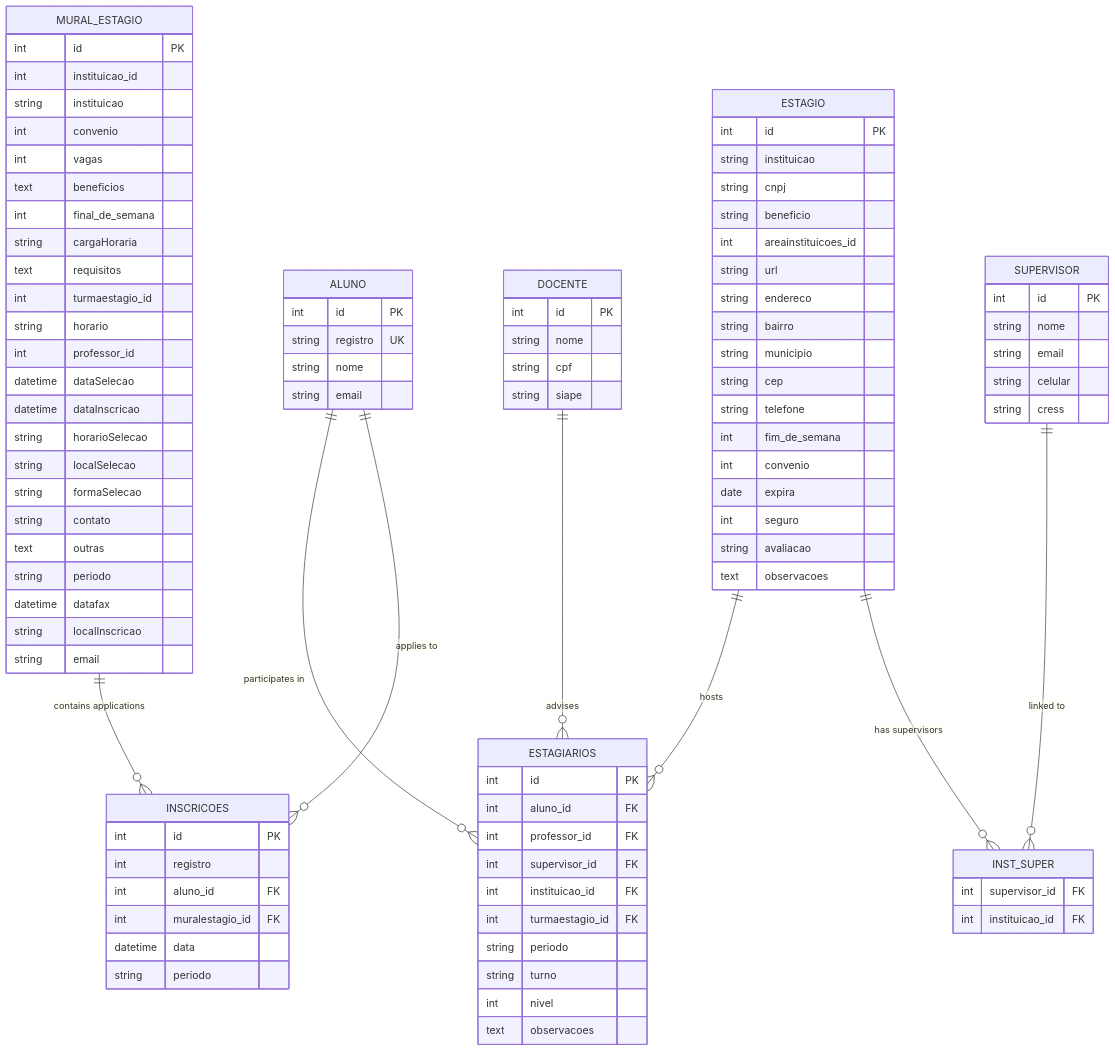
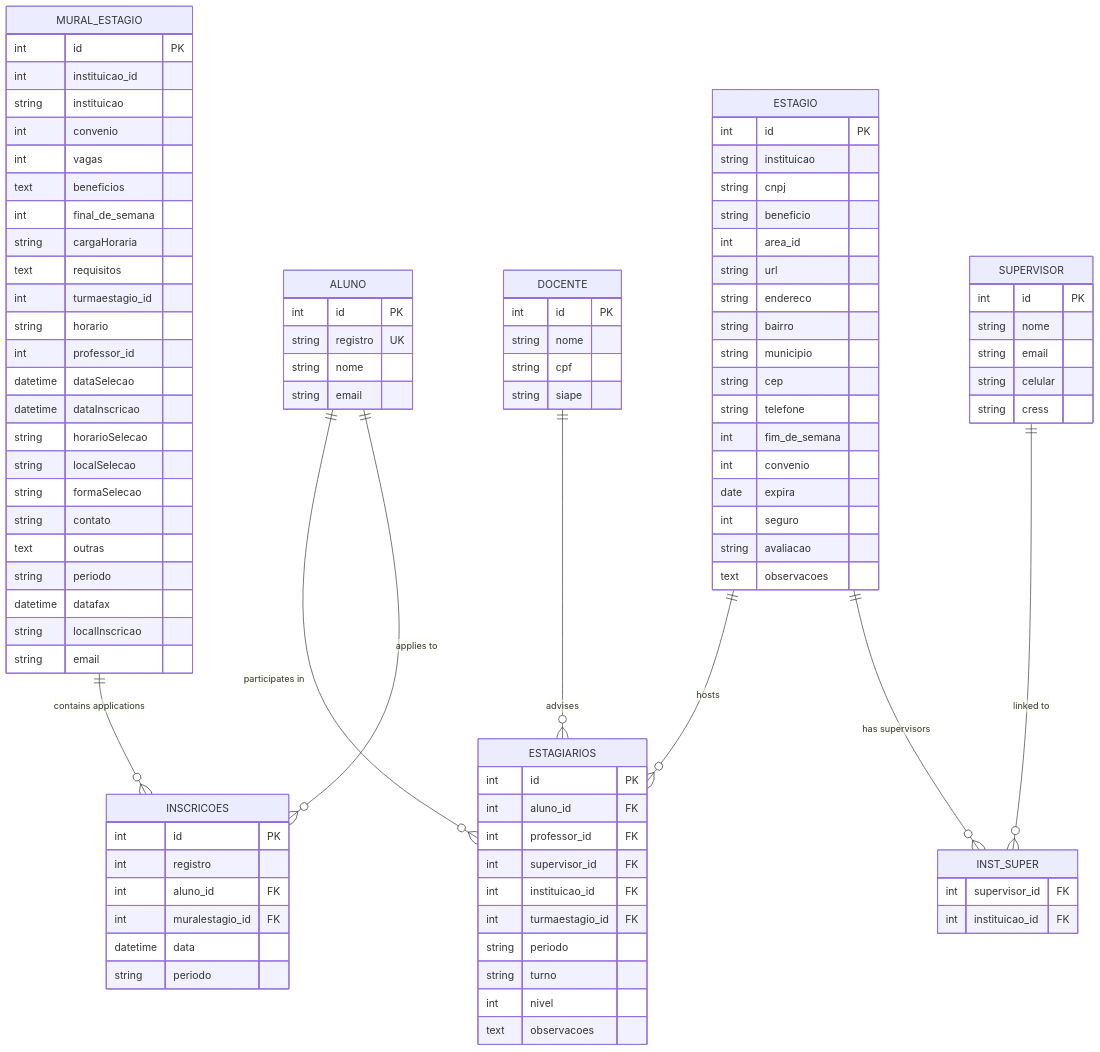
Before and after one commit to luiseduacosta/nodemural: the third of 4 diagrams in .qoder/repowiki/en/content/Data Models & Database Design/Student & Internship Models.md, drawn with Mermaid. The commit also changed other lines of this file and 8 other files, not shown here.

```diff
--- a/.qoder/repowiki/en/content/Data Models & Database Design/Student & Internship Models.md
+++ b/.qoder/repowiki/en/content/Data Models & Database Design/Student & Internship Models.md
@@ -338,7 +338,7 @@
 string instituicao
 string cnpj
 string beneficio
-int areainstituicoes_id
+int area_id
 string url
 string endereco
 string bairro
```
